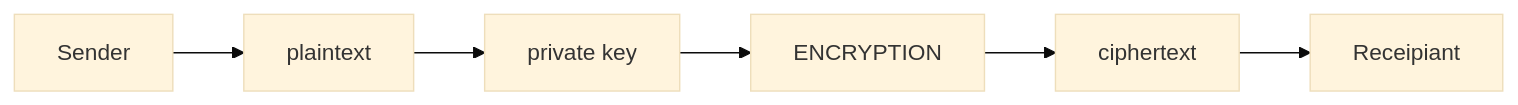
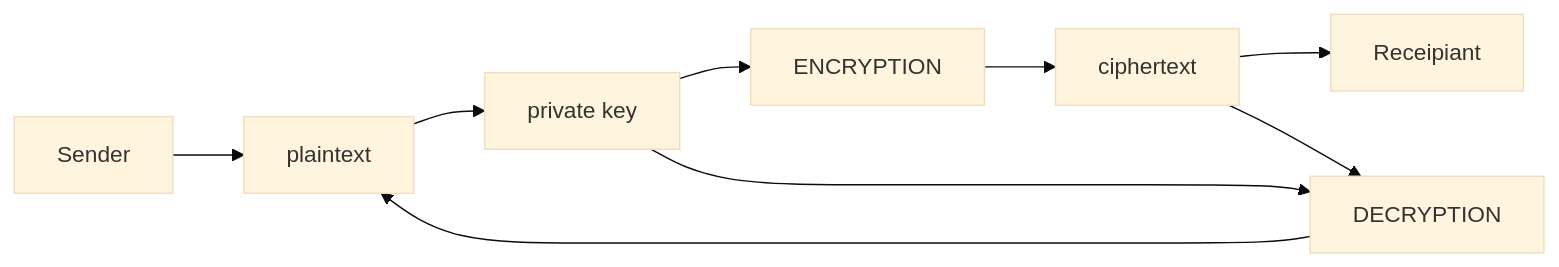
The diagram in README.md (Kietpawpan/encryption), drawn with Mermaid (base theme) before and after one commit.

````diff
--- a/README.md
+++ b/README.md
@@ -5,5 +5,6 @@
 ```mermaid
 flowchart LR
     A[Sender] --> B[plaintext]-->C[private key]-->D[ENCRYPTION]-->E[ciphertext]-->F[Receipiant]
-    
+    C-->G[DECRYPTION]-->B
+     E-->G
 ```
````
